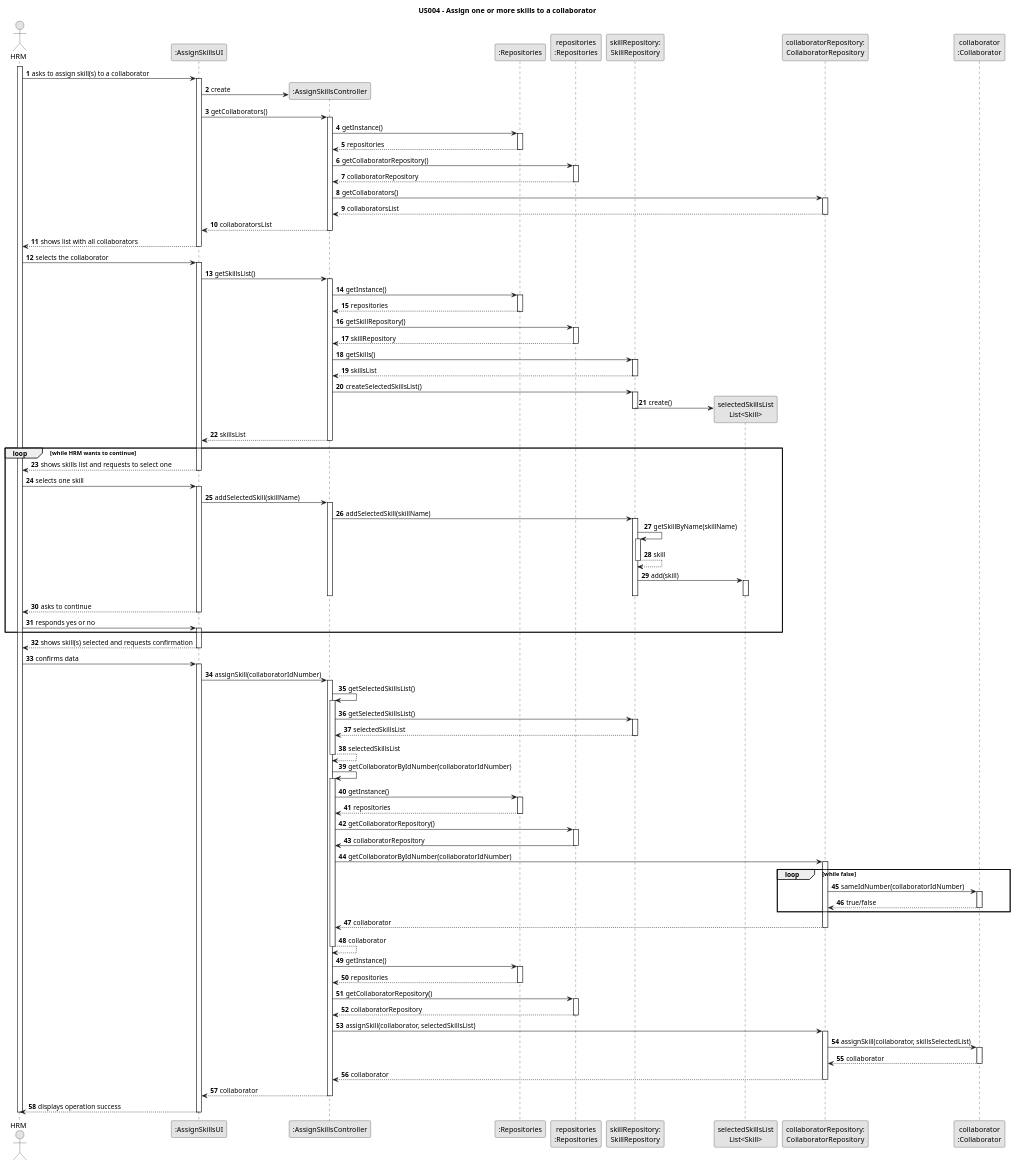
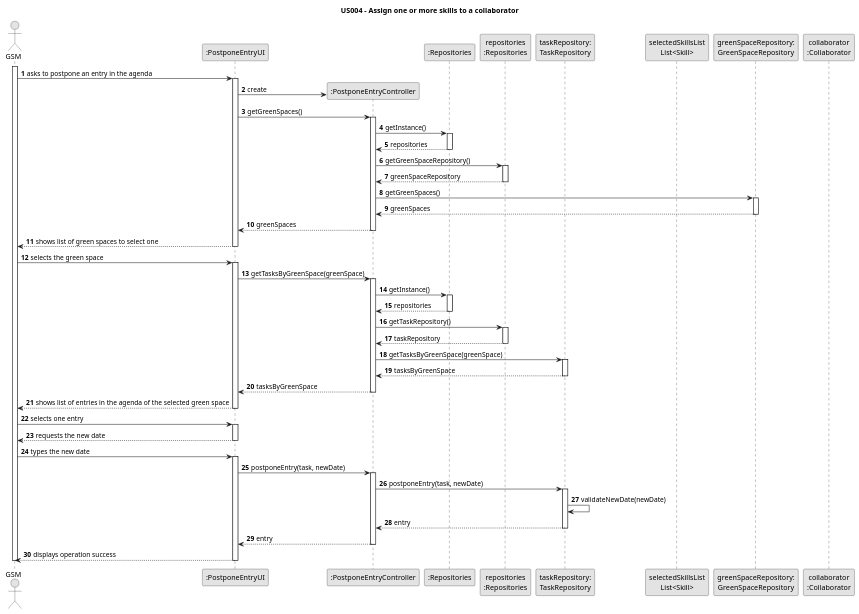
Before and after one commit to Departamento-de-Engenharia-Informatica/lei-24-s2-1dm-g132: the diagram in docs/sprintC/us024/03.design/puml/us024-sequence-diagram-full.puml, drawn with PlantUML. The commit also changed 1 other file, not shown here.

Commit message:
US24 created sequence diagram full

```diff
--- a/docs/sprintC/us024/03.design/puml/us024-sequence-diagram-full.puml
+++ b/docs/sprintC/us024/03.design/puml/us024-sequence-diagram-full.puml
@@ -7,24 +7,24 @@
 
 autonumber
 
-actor "HRM" as Employee
-participant ":AssignSkillsUI" as UI
-participant ":AssignSkillsController" as CTRL
+actor "GSM" as Employee
+participant ":PostponeEntryUI" as UI
+participant ":PostponeEntryController" as CTRL
 participant ":Repositories" as RepositorySingleton
 participant "repositories\n:Repositories" as PLAT
-participant "skillRepository:\nSkillRepository" as SkillRepository
+participant "taskRepository:\nTaskRepository" as TaskRepository
 participant "selectedSkillsList\nList<Skill>" as selectedSkillsList
-participant "collaboratorRepository:\nCollaboratorRepository" as CollaboratorRepository
+participant "greenSpaceRepository:\nGreenSpaceRepository" as GreenSpaceRepository
 participant "collaborator\n:Collaborator" as Collaborator
 
 activate Employee
 
-    Employee -> UI : asks to assign skill(s) to a collaborator
+    Employee -> UI : asks to postpone an entry in the agenda
     activate UI
 
     UI -> CTRL** : create
 
-                UI -> CTRL : getCollaborators()
+                UI -> CTRL : getGreenSpaces()
                 activate CTRL
 
                     CTRL -> RepositorySingleton : getInstance()
@@ -33,28 +33,28 @@
                         RepositorySingleton --> CTRL: repositories
                     deactivate RepositorySingleton
 
-                    CTRL -> PLAT : getCollaboratorRepository()
+                    CTRL -> PLAT : getGreenSpaceRepository()
                     activate PLAT
 
-                        PLAT --> CTRL: collaboratorRepository
+                        PLAT --> CTRL: greenSpaceRepository
                     deactivate PLAT
 
-                    CTRL -> CollaboratorRepository : getCollaborators()
-                    activate CollaboratorRepository
+                    CTRL -> GreenSpaceRepository : getGreenSpaces()
+                    activate GreenSpaceRepository
 
-                        CollaboratorRepository --> CTRL : collaboratorsList
-                    deactivate CollaboratorRepository
+                        GreenSpaceRepository --> CTRL : greenSpaces
+                    deactivate GreenSpaceRepository
 
-                    CTRL --> UI : collaboratorsList
+                    CTRL --> UI : greenSpaces
                 deactivate CTRL
 
-    UI --> Employee : shows list with all collaborators
+    UI --> Employee : shows list of green spaces to select one
     deactivate UI
 
-    Employee -> UI : selects the collaborator
+    Employee -> UI : selects the green space
     activate UI
 
-        UI -> CTRL : getSkillsList()
+        UI -> CTRL : getTasksByGreenSpace(greenSpace)
         activate CTRL
 
             CTRL -> RepositorySingleton : getInstance()
@@ -63,145 +63,45 @@
             RepositorySingleton --> CTRL: repositories
             deactivate RepositorySingleton
 
-            CTRL -> PLAT : getSkillRepository()
+            CTRL -> PLAT : getTaskRepository()
             activate PLAT
 
-            PLAT --> CTRL: skillRepository
+            PLAT --> CTRL: taskRepository
             deactivate PLAT
 
-            CTRL -> SkillRepository : getSkills()
-            activate SkillRepository
+            CTRL -> TaskRepository : getTasksByGreenSpace(greenSpace)
+            activate TaskRepository
 
-            SkillRepository --> CTRL : skillsList
-            deactivate SkillRepository
+            TaskRepository --> CTRL : tasksByGreenSpace
+            deactivate TaskRepository
 
-            CTRL -> SkillRepository : createSelectedSkillsList()
-            activate SkillRepository
-
-                SkillRepository -> selectedSkillsList** : create()
-            deactivate SkillRepository
-
-            CTRL --> UI : skillsList
+            CTRL --> UI : tasksByGreenSpace
         deactivate CTRL
 
-    loop while HRM wants to continue
-    UI --> Employee : shows skills list and requests to select one
+    UI --> Employee : shows list of entries in the agenda of the selected green space
     deactivate UI
 
-    Employee -> UI : selects one skill
+    Employee -> UI : selects one entry
     activate UI
 
-    UI -> CTRL : addSelectedSkill(skillName)
+    UI --> Employee : requests the new date
+    deactivate UI
+
+    Employee -> UI : types the new date
+    activate UI
+
+    UI -> CTRL : postponeEntry(task, newDate)
     activate CTRL
 
-        CTRL -> SkillRepository: addSelectedSkill(skillName)
-        activate SkillRepository
+    CTRL -> TaskRepository : postponeEntry(task, newDate)
+    activate TaskRepository
 
-            SkillRepository -> SkillRepository: getSkillByName(skillName)
-            activate SkillRepository
+    TaskRepository -> TaskRepository : validateNewDate(newDate)
 
-            SkillRepository --> SkillRepository: skill
-            deactivate SkillRepository
+    TaskRepository --> CTRL : entry
+    deactivate TaskRepository
 
-            SkillRepository -> selectedSkillsList : add(skill)
-            activate selectedSkillsList
-
-            deactivate selectedSkillsList
-
-            deactivate SkillRepository
-
-        deactivate CTRL
-
-    UI --> Employee : asks to continue
-
-    deactivate UI
-
-    Employee -> UI : responds yes or no
-    activate UI
-    end
-
-    UI --> Employee : shows skill(s) selected and requests confirmation
-
-    deactivate UI
-
-    Employee -> UI : confirms data
-    activate UI
-
-    UI -> CTRL : assignSkill(collaboratorIdNumber)
-    activate CTRL
-
-    CTRL -> CTRL : getSelectedSkillsList()
-    activate CTRL
-
-    CTRL -> SkillRepository : getSelectedSkillsList()
-    activate SkillRepository
-
-    SkillRepository --> CTRL : selectedSkillsList
-    deactivate SkillRepository
-
-    CTRL --> CTRL : selectedSkillsList
-    deactivate CTRL
-
-        CTRL -> CTRL : getCollaboratorByIdNumber(collaboratorIdNumber)
-                    activate CTRL
-
-                        CTRL -> RepositorySingleton : getInstance()
-                        activate RepositorySingleton
-
-                            RepositorySingleton --> CTRL: repositories
-                        deactivate RepositorySingleton
-
-                        CTRL -> PLAT : getCollaboratorRepository()
-                        activate PLAT
-
-                            PLAT -> CTRL : collaboratorRepository
-                        deactivate PLAT
-
-                        CTRL -> CollaboratorRepository : getCollaboratorByIdNumber(collaboratorIdNumber)
-                        activate CollaboratorRepository
-
-                        loop while false
-
-                            CollaboratorRepository -> Collaborator : sameIdNumber(collaboratorIdNumber)
-                            activate Collaborator
-
-                                Collaborator --> CollaboratorRepository : true/false
-                                deactivate Collaborator
-
-                        end loop
-
-                            CollaboratorRepository --> CTRL : collaborator
-                        deactivate CollaboratorRepository
-                            CTRL --> CTRL : collaborator
-                    deactivate CTRL
-
-                CTRL -> RepositorySingleton : getInstance()
-                activate RepositorySingleton
-
-                RepositorySingleton --> CTRL: repositories
-                deactivate RepositorySingleton
-
-                CTRL -> PLAT : getCollaboratorRepository()
-                activate PLAT
-
-                PLAT --> CTRL: collaboratorRepository
-                deactivate PLAT
-
-                CTRL -> CollaboratorRepository : assignSkill(collaborator, selectedSkillsList)
-                activate CollaboratorRepository
-
-                CollaboratorRepository -> Collaborator: assignSkill(collaborator, skillsSelectedList)
-                activate Collaborator
-
-                Collaborator --> CollaboratorRepository : collaborator
-                deactivate Collaborator
-
-                CollaboratorRepository --> CTRL : collaborator
-                deactivate CollaboratorRepository
-
-
-                CTRL --> UI : collaborator
-
+    CTRL --> UI : entry
     deactivate CTRL
 
     UI --> Employee : displays operation success
```
